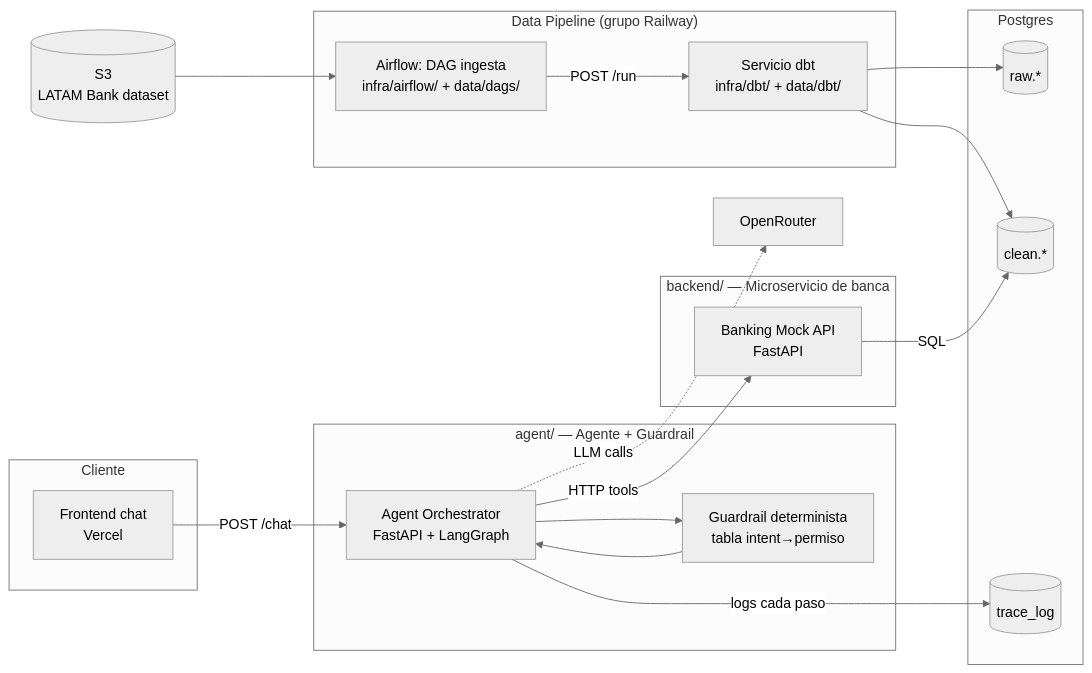
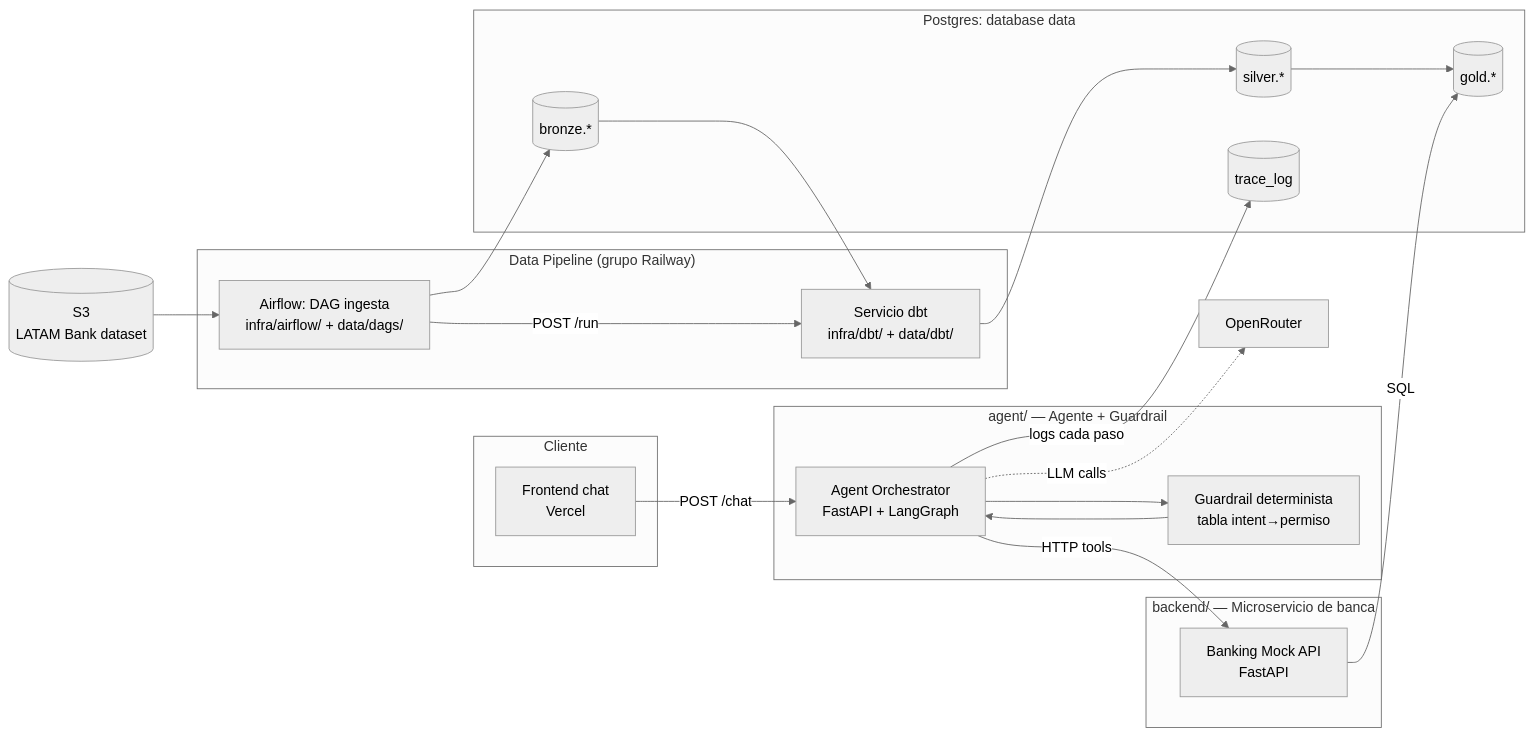
One commit to diego-rejalas/factored-hackathon-2026-bitcoders changed the first of 2 diagrams in spec/ARCHITECTURE.md. Above: the diagram before and after it, drawn with Mermaid (neutral theme). The commit also changed other lines of this file and 22 other files, not shown here.

Commit message:
refactor: adopt data medallion schemas

````diff
--- a/spec/ARCHITECTURE.md
+++ b/spec/ARCHITECTURE.md
@@ -9,39 +9,42 @@
 ```mermaid
 flowchart LR
     subgraph client["Cliente"]
         FE[Frontend chat<br/>Vercel]
     end
 
     subgraph agentv["agent/ — Agente + Guardrail"]
         AGENT[Agent Orchestrator<br/>FastAPI + LangGraph]
         GUARD[Guardrail determinista<br/>tabla intent→permiso]
         AGENT --> GUARD
         GUARD --> AGENT
     end
 
     subgraph bankv["backend/ — Microservicio de banca"]
         BANK[Banking Mock API<br/>FastAPI]
     end
 
     subgraph etlv["Data Pipeline (grupo Railway)"]
         INGEST[Airflow: DAG ingesta<br/>infra/airflow/ + data/dags/]
         DBT[Servicio dbt<br/>infra/dbt/ + data/dbt/]
         INGEST -->|POST /run| DBT
     end
 
-    subgraph data["Postgres"]
-        RAW[(raw.*)]
-        CLEAN[(clean.*)]
+    subgraph data["Postgres: database data"]
+        BRONZE[(bronze.*)]
+        SILVER[(silver.*)]
+        GOLD[(gold.*)]
         TRACE[(trace_log)]
     end
 
     S3[(S3<br/>LATAM Bank dataset)] --> INGEST
-    DBT --> RAW
-    DBT --> CLEAN
+    INGEST --> BRONZE
+    BRONZE --> DBT
+    DBT --> SILVER
+    SILVER --> GOLD
 
     FE -->|POST /chat| AGENT
     AGENT -->|logs cada paso| TRACE
     AGENT -->|HTTP tools| BANK
-    BANK -->|SQL| CLEAN
+    BANK -->|SQL| GOLD
     AGENT -.->|LLM calls| OR[OpenRouter]
 ```
````
